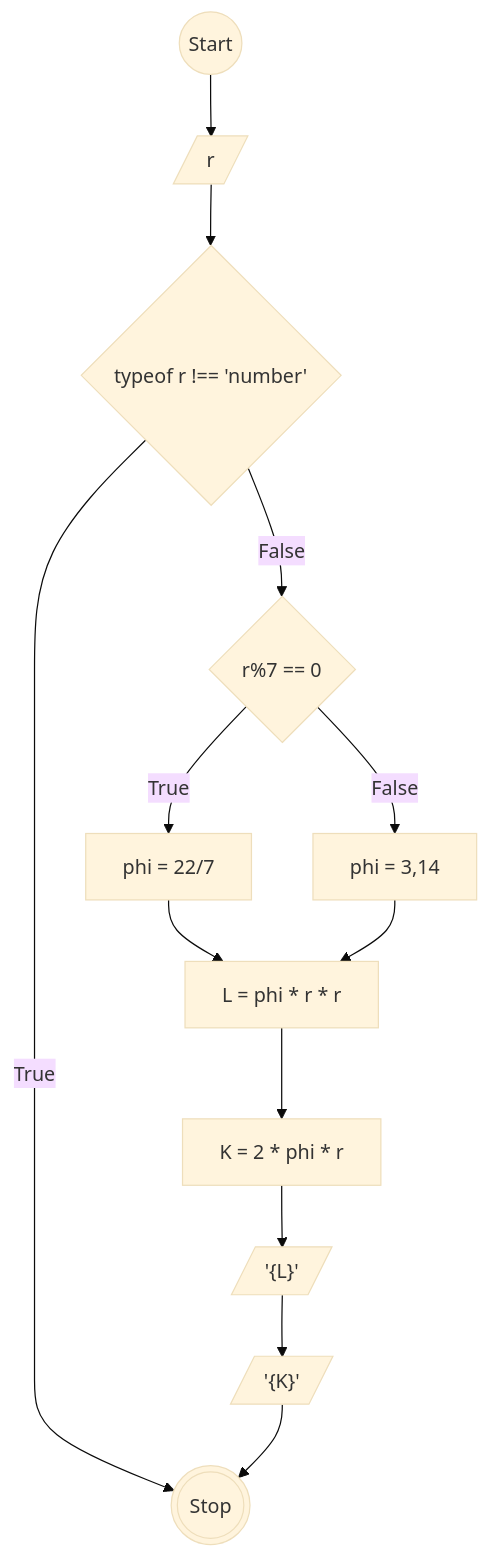
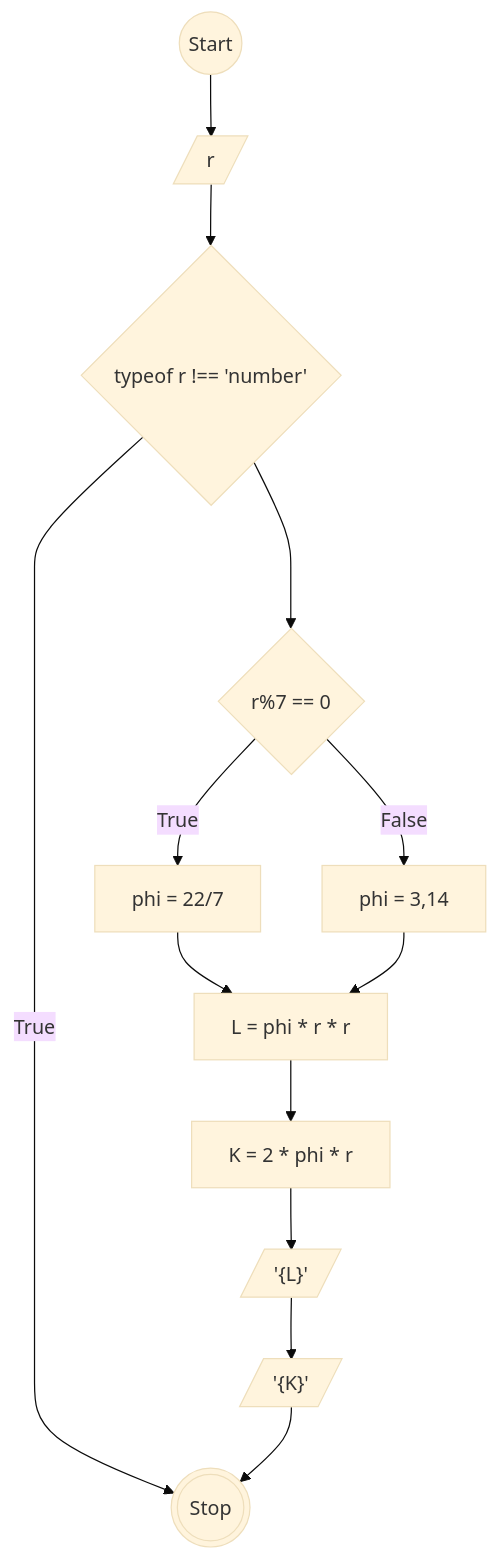
One commit to MuhamadRafliShidiq/koda-b8-javascript1 changed the diagram in readme.md. Above: the diagram before and after it, drawn with Mermaid (base theme).

````diff
--- a/readme.md
+++ b/readme.md
@@ -7,26 +7,26 @@
 ```mermaid
 
     flowchart TD
 
     a@{ shape: circle, label: "Start" }
     b@{ shape: lean-r, label: "r" }
     k@{ shape: diamond, label: "typeof r !== 'number'" }
     c@{ shape: diamond, label: " r%7 == 0" }
     i@{ shape: rect, label: " phi = 3,14" }
     j@{ shape: rect, label: " phi = 22/7" }
     d@{ shape: rect, label: "L = phi * r * r" }
     e@{ shape: rect, label: "K = 2 * phi * r" }
     f@{ shape: lean-r, label: "'{L}'" }
     g@{ shape: lean-r, label: "'{K}'" }
     h@{ shape: dbl-circ, label: "Stop" }
 
     a --> b --> k
     k --True--> h
-    k --False--> c
+    k ---> c
     c --True--> j
     c --False--> i
 
     j --> d
     i --> d
     d --> e --> f --> g --> h
 ```
````
